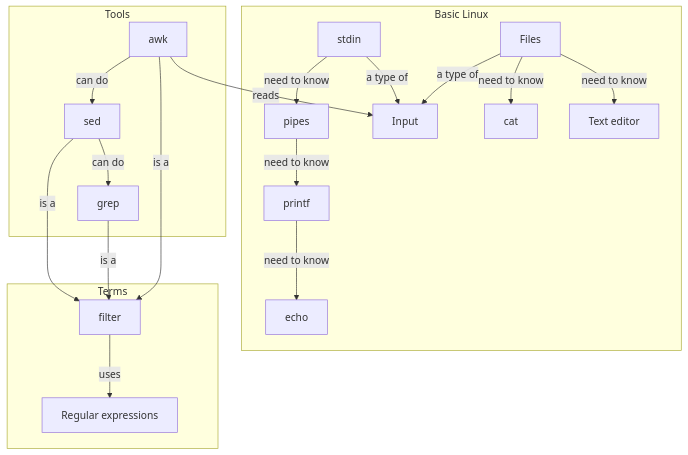
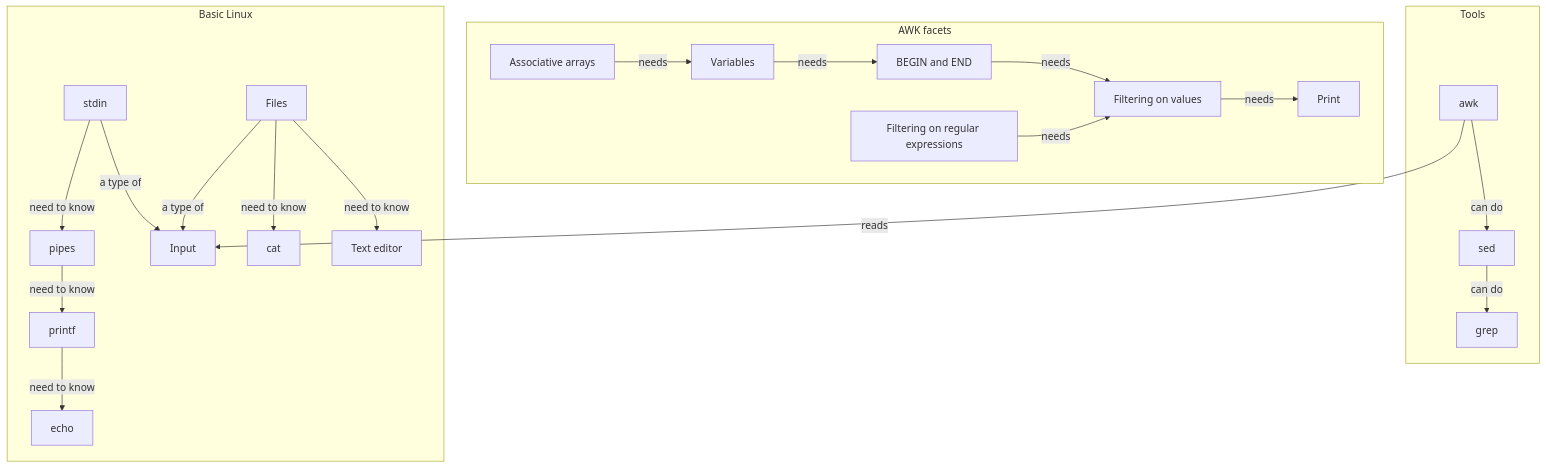
One commit to richelbilderbeek/awk_course changed the diagram in docs/morning_session/overview.md. Above: the diagram before and after it, drawn with Mermaid. The commit also changed other lines of this file, not shown here.

Commit message:
Improve overview

````diff
--- a/docs/morning_session/overview.md
+++ b/docs/morning_session/overview.md
@@ -36,45 +37,52 @@
 ```mermaid
 flowchart TD
+
+  subgraph awk_facets[AWK facets]
+    print[Print]
+    filtering_on_values[Filtering on values]
+    begin_and_end[BEGIN and END]
+    variables[Variables]
+    associative_arrays[Associative arrays]
+    filtering_on_regex[Filtering on regular expressions]
+  end
 
   subgraph tools[Tools]
     awk
     sed
     grep
   end
+
   subgraph basic_linux[Basic Linux]
     pipes
     echo
     printf
     stdin
     files[Files]
     input[Input]
     cat
     editor[Text editor]
   end
-  subgraph terms[Terms]
-    regex[Regular expressions]
-    filter
-  end
+
+  %% Facets of AWK
+  filtering_on_values --> |needs| print
+  begin_and_end --> |needs| filtering_on_values
+  variables --> |needs| begin_and_end
+  associative_arrays --> |needs| variables
+  filtering_on_regex --> |needs| filtering_on_values
 
   %% Tools
   awk --> |can do| sed 
   sed --> |can do| grep
   %% grep --> |uses| regex
 
   %% Basic Linux
   stdin --> |need to know| pipes
   printf --> |need to know| echo
   pipes --> |need to know| printf
   files --> |need to know| cat
   files --> |need to know| editor
   files --> |a type of| input
   stdin --> |a type of| input
   awk --> |reads| input
- 
-  %% Terms
-  %% awk --> |need to know| regex
-  awk --> |is a| filter
-  grep --> |is a| filter
-  sed --> |is a| filter
-  filter --> |uses| regex
+  
 ```
````
